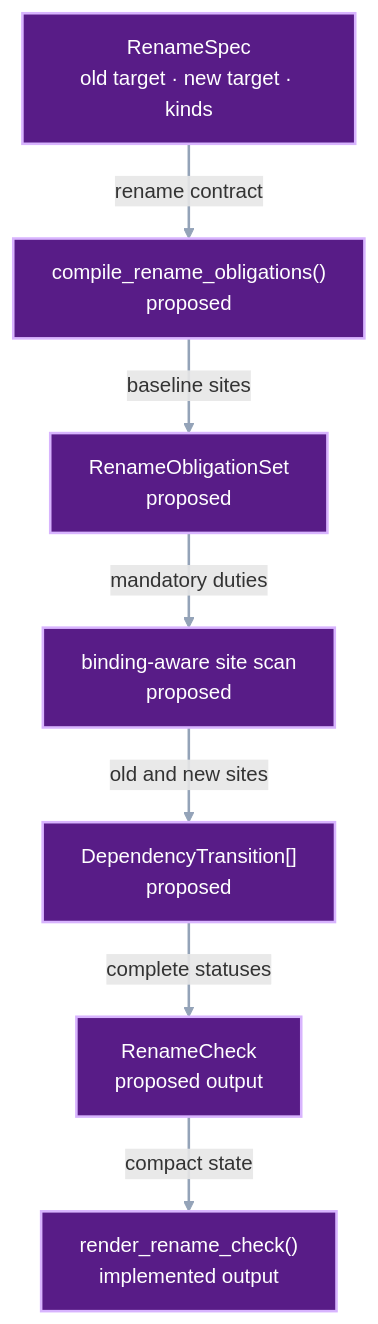
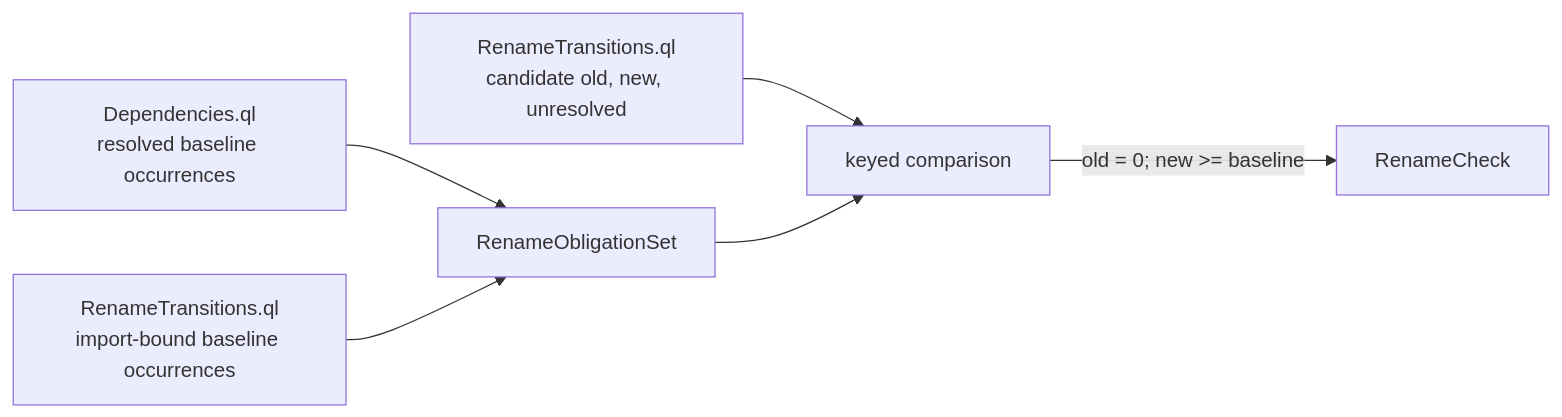
The second of 3 diagrams in docs/development/rename-obligation-check.md (pvd232/viper), drawn with Mermaid before and after one commit. The commit also changed other lines of this file and 16 other files, not shown here.

````diff
--- a/docs/development/rename-obligation-check.md
+++ b/docs/development/rename-obligation-check.md
@@ -124,23 +71,8 @@
 ```mermaid
-flowchart TB
-    R["RenameSpec<br/>old target · new target · kinds"]
-    Compile["compile_rename_obligations()<br/>proposed"]
-    O["RenameObligationSet<br/>proposed"]
-    Scan["binding-aware site scan<br/>proposed"]
-    Transition["DependencyTransition[]<br/>proposed"]
-    Check["RenameCheck<br/>proposed output"]
-    Report["render_rename_check()<br/>implemented output"]
-
-    R -->|"rename contract"| Compile
-    Compile -->|"baseline sites"| O
-    O -->|"mandatory duties"| Scan
-    Scan -->|"old and new sites"| Transition
-    Transition -->|"complete statuses"| Check
-    Check -->|"compact state"| Report
-
-    class R,Compile,Scan proposed
-    class O,Transition,Check,Report output
-    classDef proposed fill:#581c87,stroke:#d8b4fe,color:#ffffff,stroke-width:2px
-    classDef output fill:#581c87,stroke:#d8b4fe,color:#ffffff,stroke-width:2px
-    linkStyle default stroke:#94a3b8,stroke-width:2px
+flowchart LR
+    Q0["Dependencies.ql<br/>resolved baseline occurrences"] --> O["RenameObligationSet"]
+    R0["RenameTransitions.ql<br/>import-bound baseline occurrences"] --> O
+    R1["RenameTransitions.ql<br/>candidate old, new, unresolved"] --> J["keyed comparison"]
+    O --> J
+    J -->|"old = 0; new >= baseline"| V["RenameCheck"]
 ```
````
